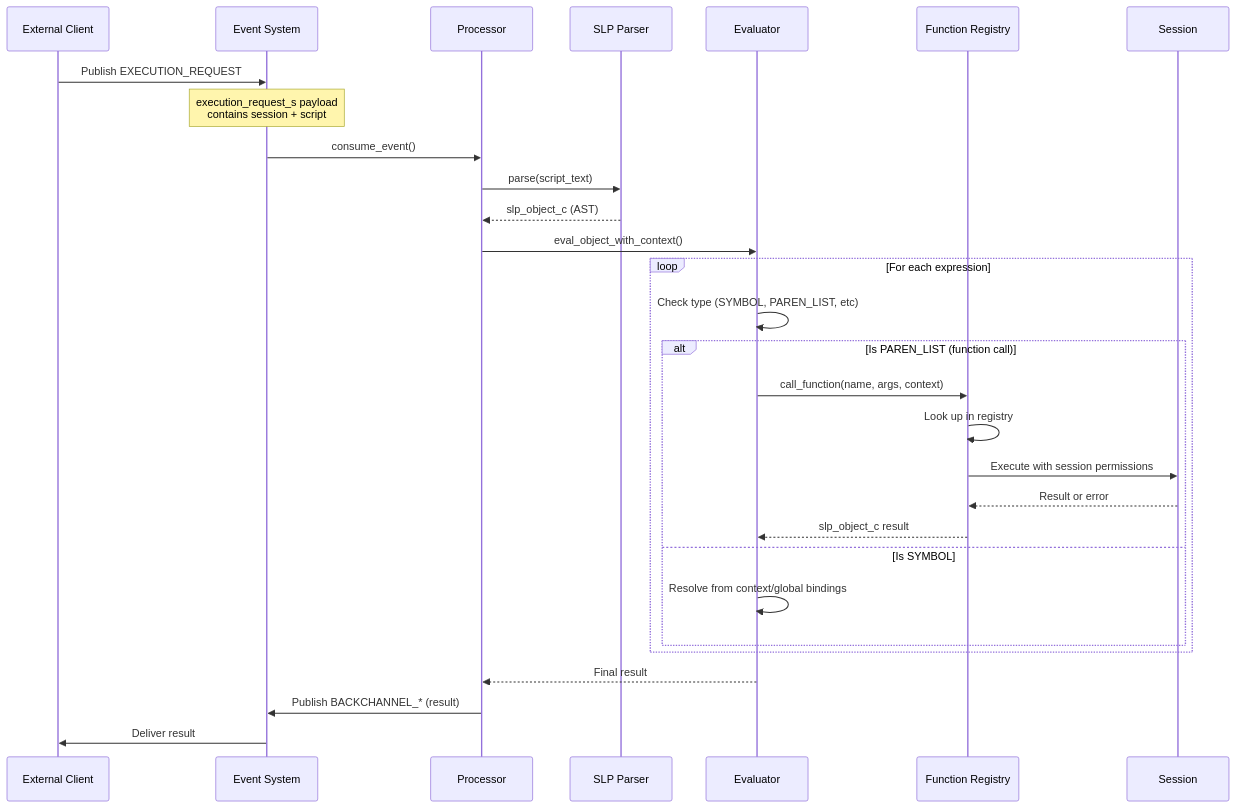
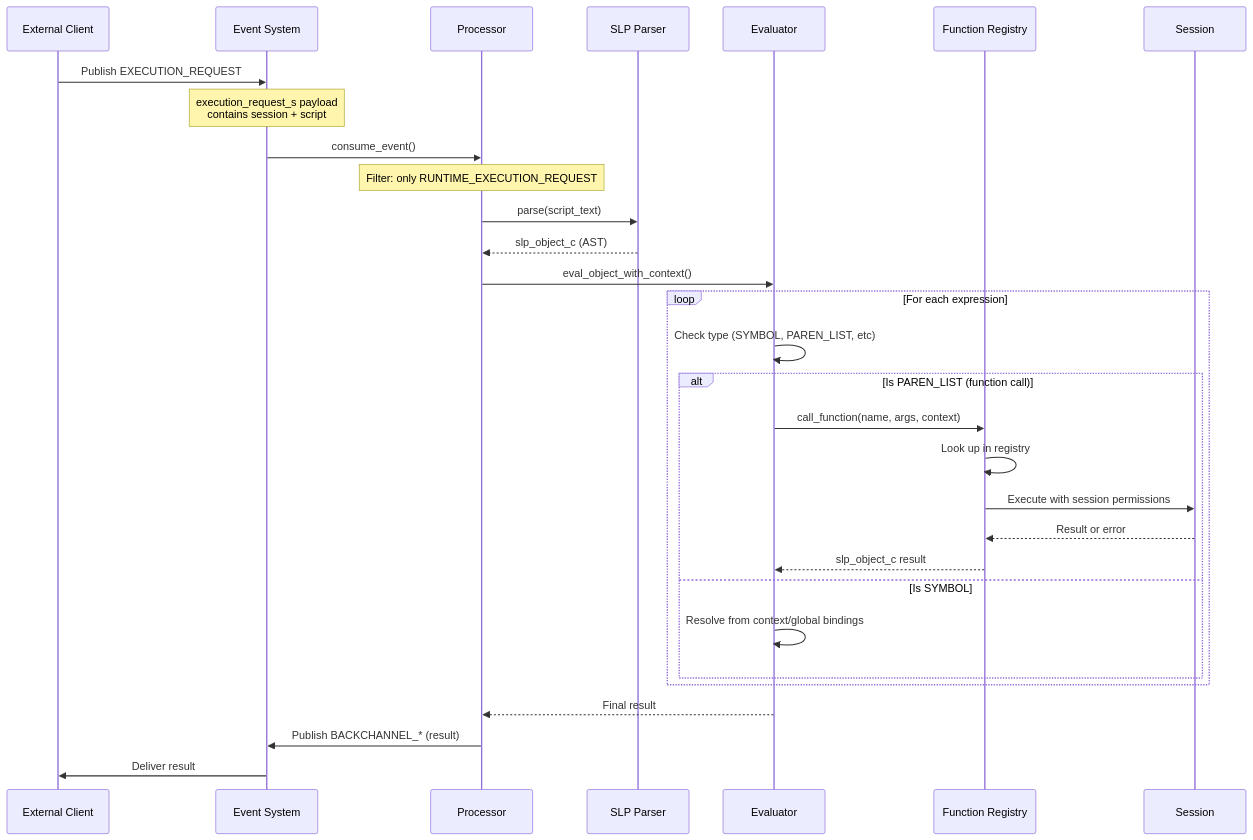
The second of 6 diagrams in pkg/runtime/about.md (bosley/sxs), drawn with Mermaid before and after one commit. The commit also changed other lines of this file and 4 other files, not shown here.

````diff
--- a/pkg/runtime/about.md
+++ b/pkg/runtime/about.md
@@ -63,36 +65,37 @@
 ```mermaid
 sequenceDiagram
     participant Client as External Client
     participant ES as Event System
     participant Proc as Processor
     participant Parser as SLP Parser
     participant Eval as Evaluator
     participant Func as Function Registry
     participant Sess as Session
     
     Client->>ES: Publish EXECUTION_REQUEST
     Note over ES: execution_request_s payload<br/>contains session + script
     ES->>Proc: consume_event()
+    Note over Proc: Filter: only RUNTIME_EXECUTION_REQUEST
     Proc->>Parser: parse(script_text)
     Parser-->>Proc: slp_object_c (AST)
     
     Proc->>Eval: eval_object_with_context()
     
     loop For each expression
         Eval->>Eval: Check type (SYMBOL, PAREN_LIST, etc)
         
         alt Is PAREN_LIST (function call)
             Eval->>Func: call_function(name, args, context)
             Func->>Func: Look up in registry
             Func->>Sess: Execute with session permissions
             Sess-->>Func: Result or error
             Func-->>Eval: slp_object_c result
         else Is SYMBOL
             Eval->>Eval: Resolve from context/global bindings
         end
     end
     
     Eval-->>Proc: Final result
     Proc->>ES: Publish BACKCHANNEL_* (result)
     ES->>Client: Deliver result
 ```
````
